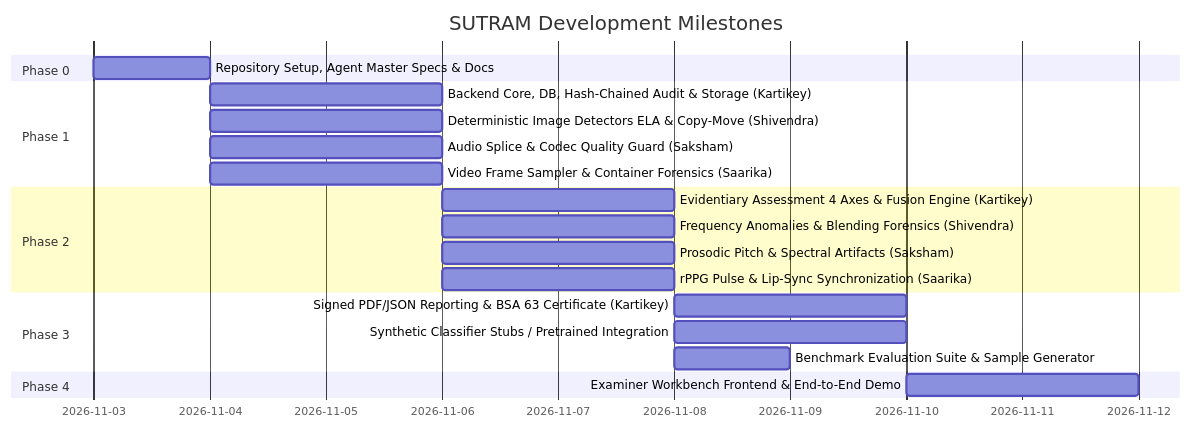
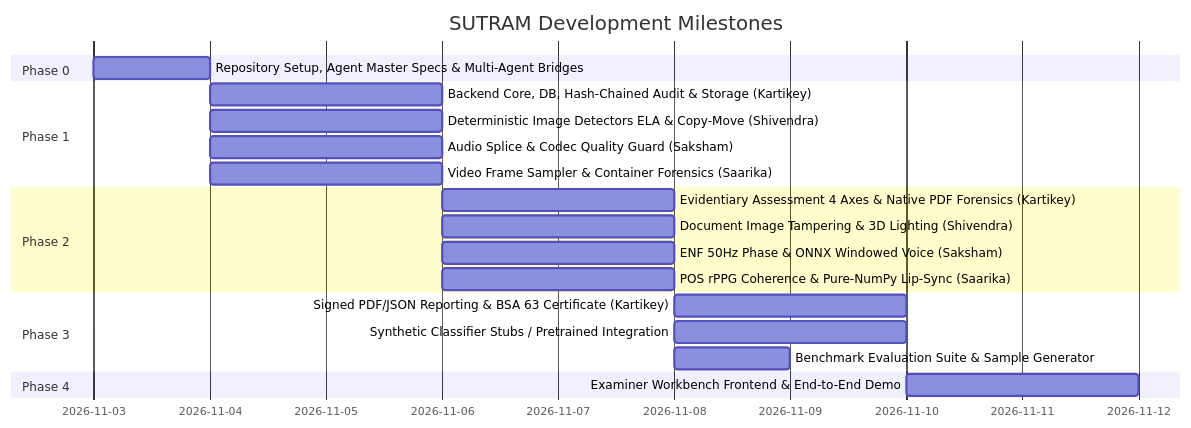
The diagram in docs/TEAM_PLAN.md (mathurkartikey294-cmd/Sutram-), drawn with Mermaid before and after one commit. The commit also changed other lines of this file and 10 other files, not shown here.

Commit message:
feat: integrate document tampering, POS rPPG, corneal lighting, and multi-agent directives (OpenCode, Cursor, Gemini, Copilot)

````diff
--- a/docs/TEAM_PLAN.md
+++ b/docs/TEAM_PLAN.md
@@ -20,23 +20,23 @@
 ```mermaid
 gantt
     title SUTRAM Development Milestones
     dateFormat  YYYY-MM-DD
     section Phase 0
-    Repository Setup, Agent Master Specs & Docs :p0, 2026-11-03, 1d
+    Repository Setup, Agent Master Specs & Multi-Agent Bridges :p0, 2026-11-03, 1d
     section Phase 1
     Backend Core, DB, Hash-Chained Audit & Storage (Kartikey) :p1, after p0, 2d
     Deterministic Image Detectors ELA & Copy-Move (Shivendra) :p1b, after p0, 2d
     Audio Splice & Codec Quality Guard (Saksham) :p1c, after p0, 2d
     Video Frame Sampler & Container Forensics (Saarika) :p1d, after p0, 2d
     section Phase 2
-    Evidentiary Assessment 4 Axes & Fusion Engine (Kartikey) :p2, after p1, 2d
-    Frequency Anomalies & Blending Forensics (Shivendra) :p2b, after p1b, 2d
-    Prosodic Pitch & Spectral Artifacts (Saksham) :p2c, after p1c, 2d
-    rPPG Pulse & Lip-Sync Synchronization (Saarika) :p2d, after p1d, 2d
+    Evidentiary Assessment 4 Axes & Native PDF Forensics (Kartikey) :p2, after p1, 2d
+    Document Image Tampering & 3D Lighting (Shivendra) :p2b, after p1b, 2d
+    ENF 50Hz Phase & ONNX Windowed Voice (Saksham) :p2c, after p1c, 2d
+    POS rPPG Coherence & Pure-NumPy Lip-Sync (Saarika) :p2d, after p1d, 2d
     section Phase 3
     Signed PDF/JSON Reporting & BSA 63 Certificate (Kartikey) :p3, after p2, 2d
     Synthetic Classifier Stubs / Pretrained Integration :p3b, after p2, 2d
     Benchmark Evaluation Suite & Sample Generator :p3c, after p2, 1d
     section Phase 4
     Examiner Workbench Frontend & End-to-End Demo :p4, after p3, 2d
 ```
````
